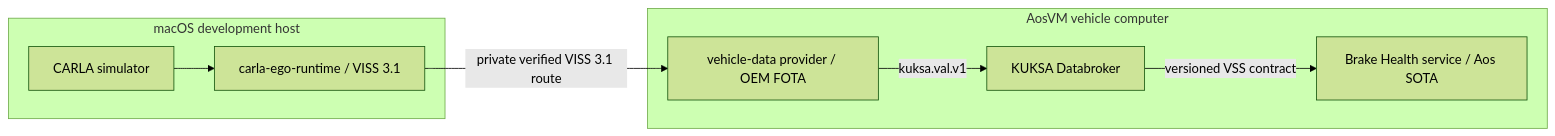
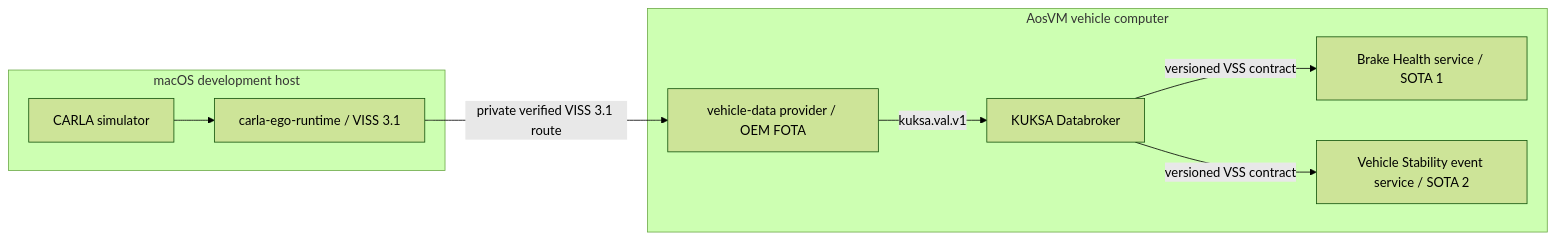
The diagram in docs/architecture/repository-boundaries.md (alexmaninblack/aosedge-sdv-demo), drawn with Mermaid (forest theme) before and after one commit. The commit also changed other lines of this file and 51 other files, not shown here.

````diff
--- a/docs/architecture/repository-boundaries.md
+++ b/docs/architecture/repository-boundaries.md
@@ -13,18 +14,20 @@
 ```mermaid
 flowchart LR
     subgraph macOS["macOS development host"]
         CARLA["CARLA simulator"]
         VISS["carla-ego-runtime / VISS 3.1"]
         CARLA --> VISS
     end
 
     subgraph AosVM["AosVM vehicle computer"]
         PROVIDER["vehicle-data provider / OEM FOTA"]
         KUKSA["KUKSA Databroker"]
-        SERVICE["Brake Health service / Aos SOTA"]
+        SERVICE1["Brake Health service / SOTA 1"]
+        SERVICE2["Vehicle Stability event service / SOTA 2"]
         PROVIDER -->|"kuksa.val.v1"| KUKSA
-        KUKSA -->|"versioned VSS contract"| SERVICE
+        KUKSA -->|"versioned VSS contract"| SERVICE1
+        KUKSA -->|"versioned VSS contract"| SERVICE2
     end
 
     VISS -->|"private verified VISS 3.1 route"| PROVIDER
 ```
````
